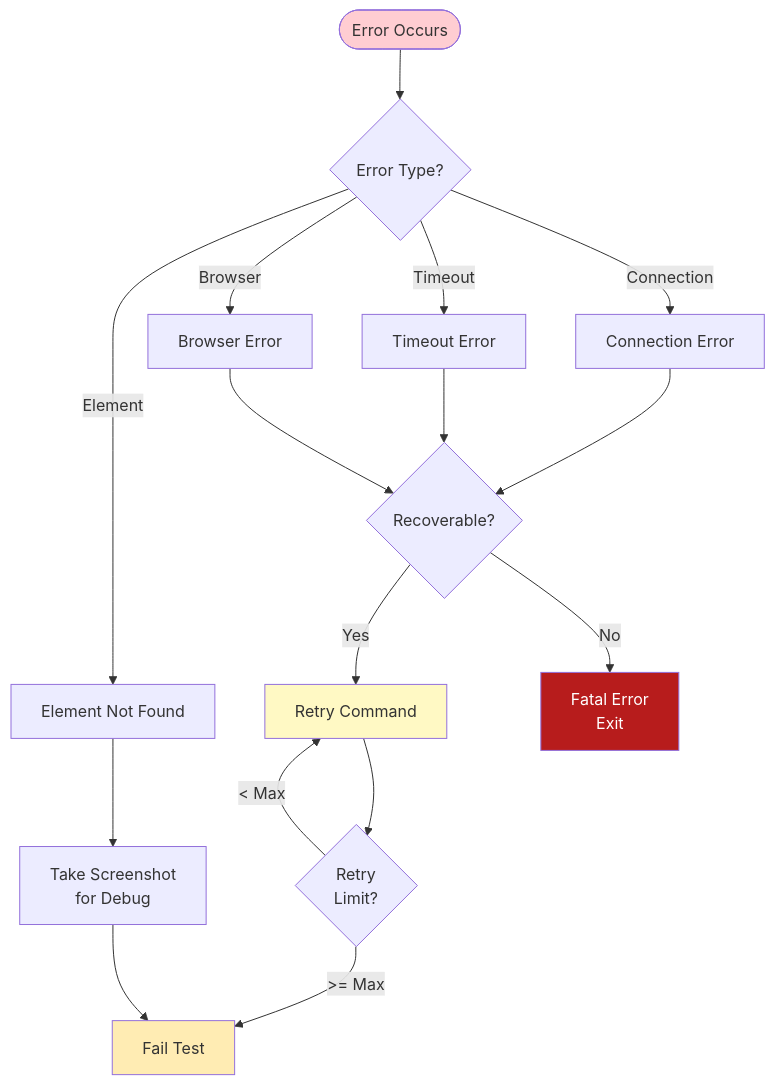
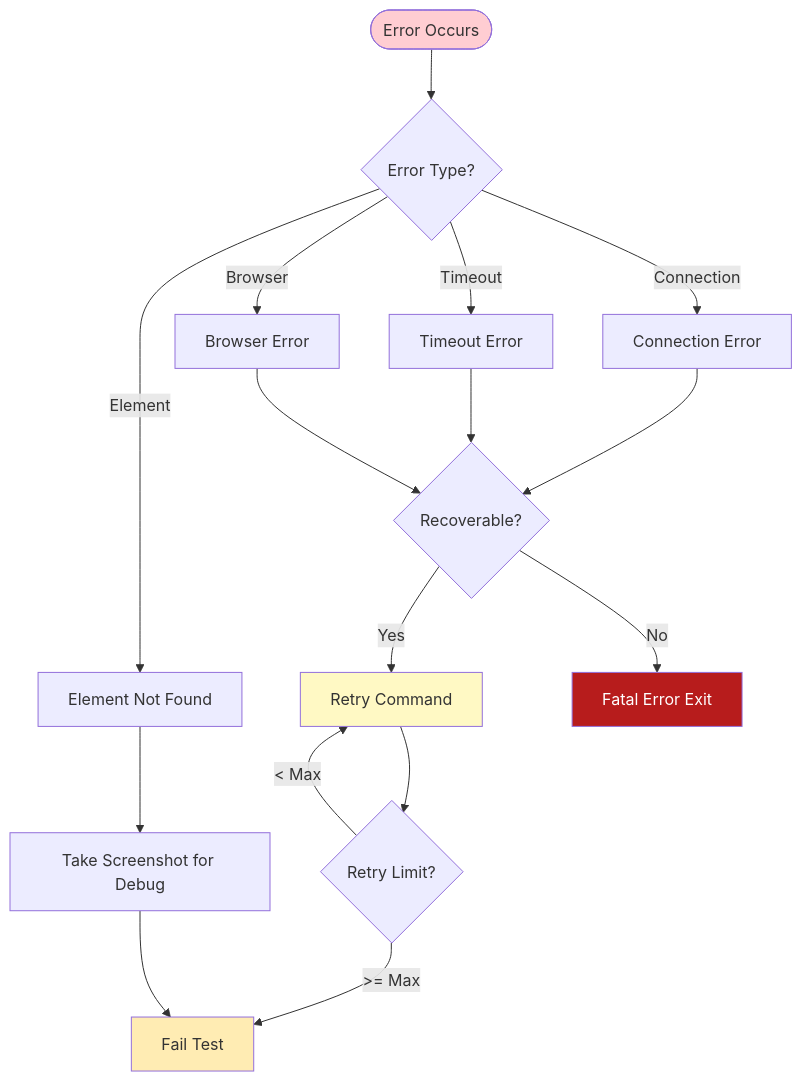
One commit to softwarewrighter/ui-test-rs changed diagram 13 of 19 in wiki/Playwright-Client.md. Above: the diagram before and after it, drawn with Mermaid. The commit also changed other lines of this file and 10 other files, not shown here.

First line of the commit message:
Fix wiki Mermaid diagrams: remove <br/> tags

````diff
--- a/wiki/Playwright-Client.md
+++ b/wiki/Playwright-Client.md
@@ -454,44 +454,44 @@
 ```mermaid
 flowchart TB
     Error([Error Occurs])
     Type{Error Type?}
 
     ConnectionError[Connection Error]
     TimeoutError[Timeout Error]
     ElementNotFound[Element Not Found]
     BrowserError[Browser Error]
 
     Recover{Recoverable?}
 
     Retry[Retry Command]
-    RetryCount{Retry<br/>Limit?}
-    TakeScreenshot[Take Screenshot<br/>for Debug]
+    RetryCount{Retry Limit?}
+    TakeScreenshot[Take Screenshot for Debug]
     FailTest[Fail Test]
-    FatalError[Fatal Error<br/>Exit]
+    FatalError[Fatal Error Exit]
 
     Error --> Type
 
     Type -->|Connection| ConnectionError
     Type -->|Timeout| TimeoutError
     Type -->|Element| ElementNotFound
     Type -->|Browser| BrowserError
 
     ConnectionError --> Recover
     TimeoutError --> Recover
     ElementNotFound --> TakeScreenshot
     BrowserError --> Recover
 
     Recover -->|Yes| Retry
     Recover -->|No| FatalError
 
     Retry --> RetryCount
     RetryCount -->|< Max| Retry
     RetryCount -->|>= Max| FailTest
 
     TakeScreenshot --> FailTest
 
     style Error fill:#ffcdd2
     style FatalError fill:#b71c1c,color:#fff
     style FailTest fill:#ffecb3
     style Retry fill:#fff9c4
 ```
````
